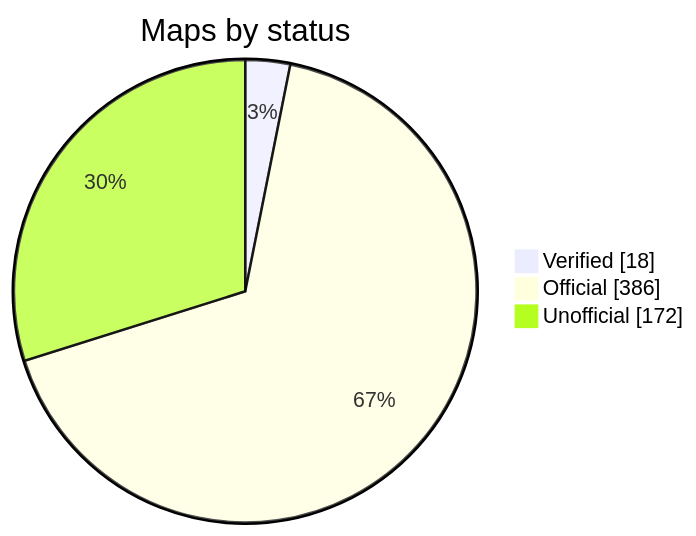
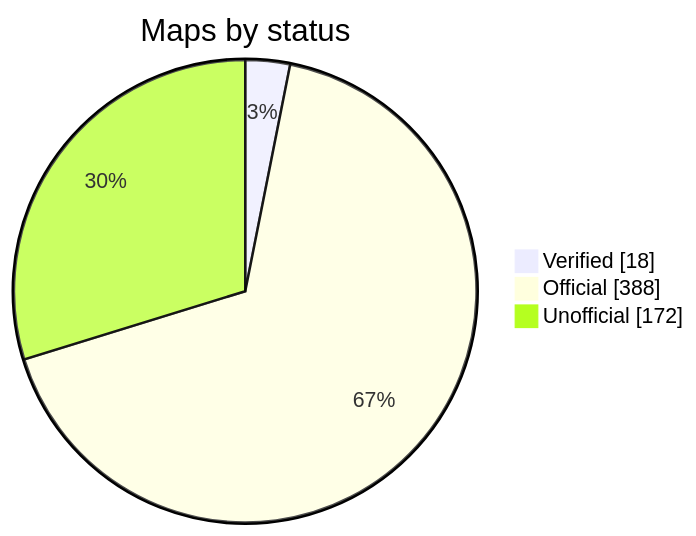
The diagram in README.md (nobrega8/mbmap-library), drawn with Mermaid before and after one commit. The commit also changed 7 other files, not shown here.

````diff
--- a/README.md
+++ b/README.md
@@ -52,7 +52,7 @@
 ```mermaid
 pie showData
     title Maps by status
     "Verified" : 18
-    "Official" : 386
+    "Official" : 388
     "Unofficial" : 172
 ```
````
